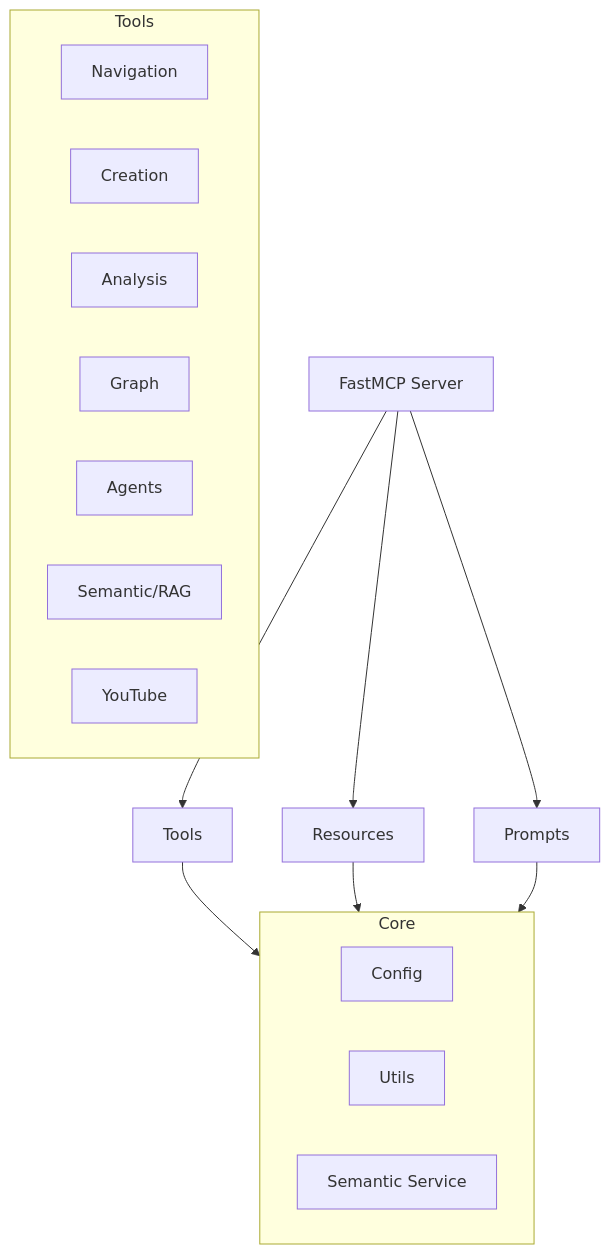
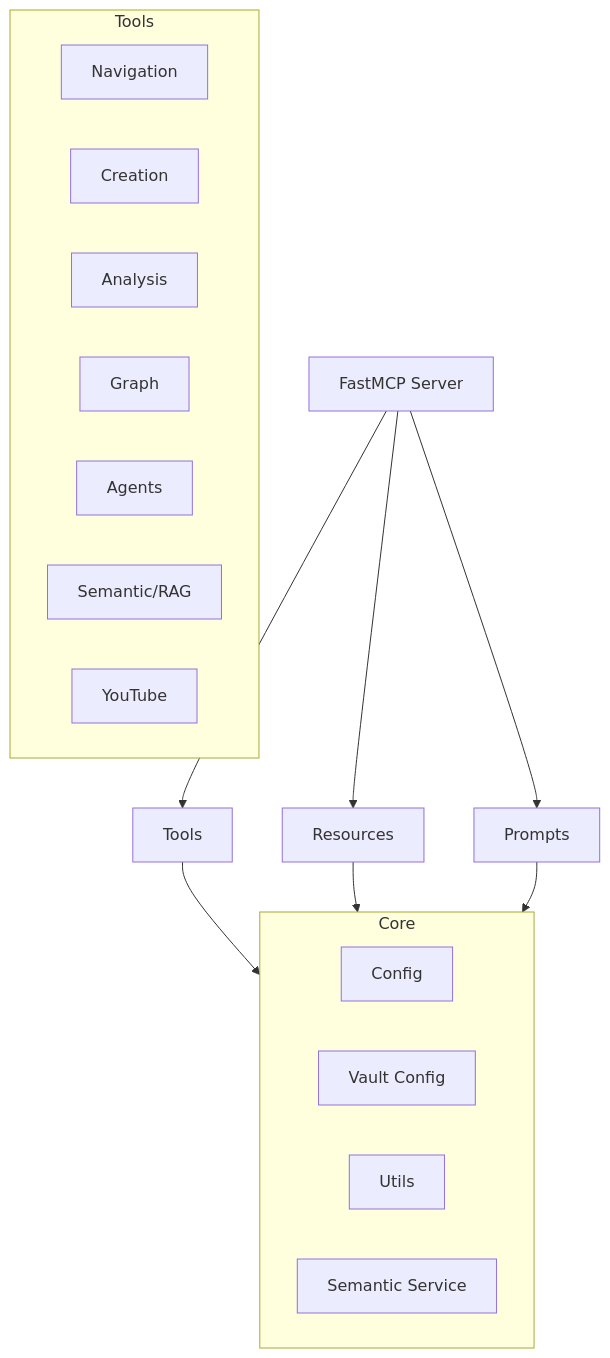
Before and after one commit to Vasallo94/obsidian-mcp-server: the diagram in docs/architecture.md, drawn with Mermaid. The commit also changed other lines of this file and 15 other files, not shown here.

First line of the commit message:
feat: vault-agnostic architecture, auto-detection and security enhancements

````diff
--- a/docs/architecture.md
+++ b/docs/architecture.md
@@ -9,26 +9,27 @@
 ```mermaid
 graph TD
     A[FastMCP Server] --> B[Tools]
     A --> C[Resources]
     A --> D[Prompts]
     
     subgraph Tools
         B1[Navigation]
         B2[Creation]
         B3[Analysis]
         B4[Graph]
         B5[Agents]
         B6[Semantic/RAG]
         B7[YouTube]
     end
     
     subgraph Core
         E[Config]
+        H[Vault Config]
         F[Utils]
         G[Semantic Service]
     end
     
     B --> Core
     C --> Core
     D --> Core
 ```
````
